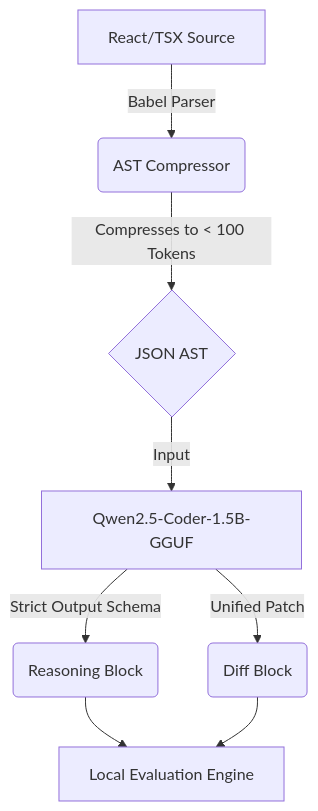
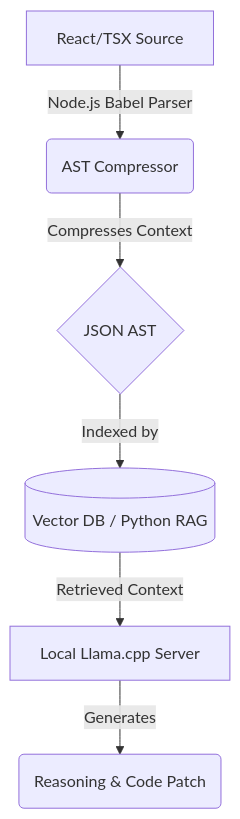
One commit to Aokiro112/Aokiro changed the diagram in README.md. Above: the diagram before and after it, drawn with Mermaid. The commit also changed other lines of this file and 27 other files, not shown here.

Commit message:
feat: complete Aokiro local RAG pipeline and documentation updates

````diff
--- a/README.md
+++ b/README.md
@@ -33,10 +32,8 @@
 ```mermaid
 graph TD
-    A[React/TSX Source] -->|Babel Parser| B(AST Compressor)
-    B -->|Compresses to < 100 Tokens| C{JSON AST}
-    C -->|Input| D[Qwen2.5-Coder-1.5B-GGUF]
-    D -->|Strict Output Schema| E(Reasoning Block)
-    D -->|Unified Patch| F(Diff Block)
-    E --> G[Local Evaluation Engine]
-    F --> G
+    A[React/TSX Source] -->|Node.js Babel Parser| B(AST Compressor)
+    B -->|Compresses Context| C{JSON AST}
+    C -->|Indexed by| D[(Vector DB / Python RAG)]
+    D -->|Retrieved Context| E[Local Llama.cpp Server]
+    E -->|Generates| F(Reasoning & Code Patch)
 ```
````
